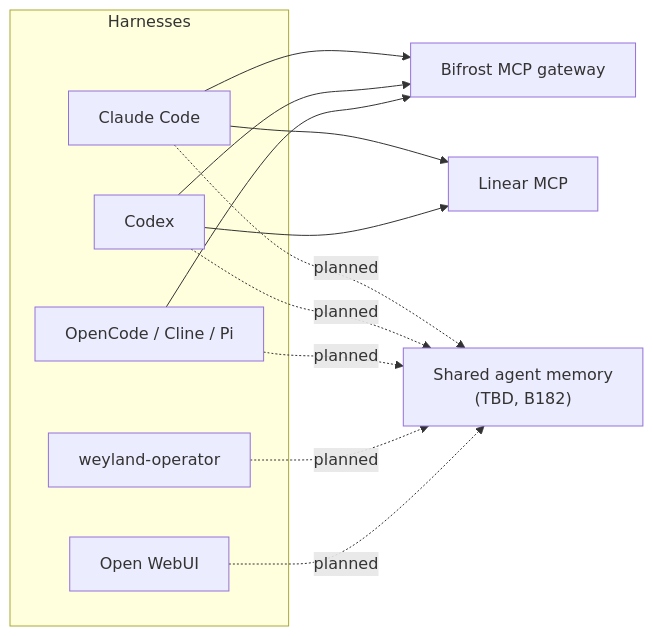
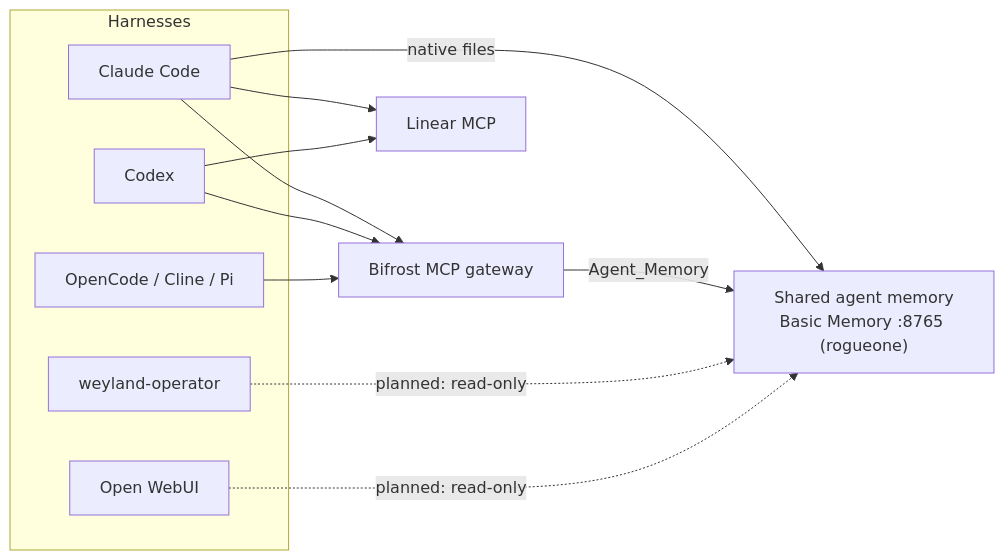
Before and after one commit to edtbl76/weyland-lab: the diagram in docs/concepts/multi-harness.md, drawn with Mermaid. The commit also changed other lines of this file and 24 other files, not shown here.

First line of the commit message:
Add agent-memory-watch scripts and timer service for B182

````diff
--- a/docs/concepts/multi-harness.md
+++ b/docs/concepts/multi-harness.md
@@ -74,23 +75,22 @@
 ```mermaid
 flowchart LR
   subgraph H["Harnesses"]
     CC["Claude Code"]
     CX["Codex"]
     OC["OpenCode / Cline / Pi"]
     OW["Open WebUI"]
     OP["weyland-operator"]
   end
   BF["Bifrost MCP gateway"]
   LN["Linear MCP"]
-  MEM["Shared agent memory<br/>(TBD, B182)"]
+  MEM["Shared agent memory<br/>Basic Memory :8765 (rogueone)"]
   CC --> BF
   CX --> BF
   OC --> BF
   CC --> LN
   CX --> LN
-  CC -.->|planned| MEM
-  CX -.->|planned| MEM
-  OC -.->|planned| MEM
-  OP -.->|planned| MEM
-  OW -.->|planned| MEM
+  CC -->|native files| MEM
+  BF -->|Agent_Memory| MEM
+  OP -.->|planned: read-only| MEM
+  OW -.->|planned: read-only| MEM
 ```
````
